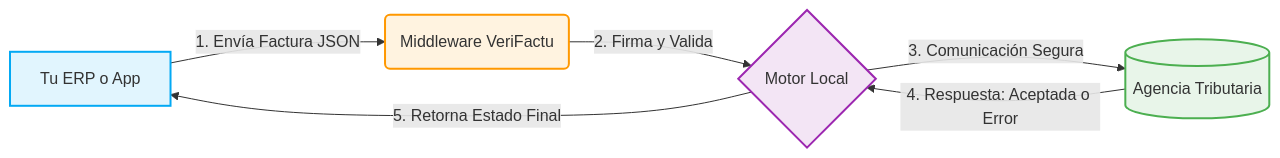
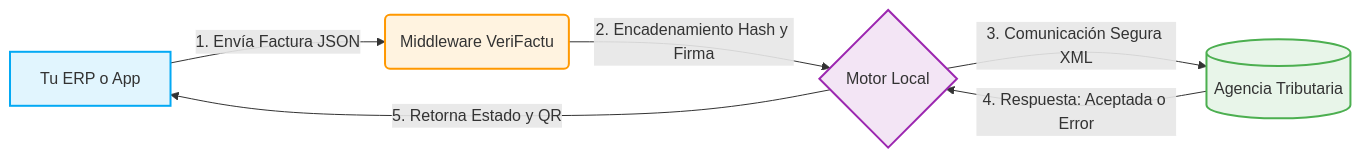
Before and after one commit to SystemsFGH/API-Verifactu-SystemsFGH: the diagram in README.md, drawn with Mermaid. The commit also changed other lines of this file, not shown here.

````diff
--- a/README.md
+++ b/README.md
@@ -49,13 +75,13 @@
 ```mermaid
 graph LR
     A[Tu ERP o App] -->|1. Envía Factura JSON| B(Middleware VeriFactu)
-    B -->|2. Firma y Valida| C{Motor Local}
-    C -->|3. Comunicación Segura| D[(Agencia Tributaria)]
+    B -->|2. Encadenamiento Hash y Firma| C{Motor Local}
+    C -->|3. Comunicación Segura XML| D[(Agencia Tributaria)]
     D -->|4. Respuesta: Aceptada o Error| C
-    C -->|5. Retorna Estado Final| A
+    C -->|5. Retorna Estado y QR| A
     
     style A fill:#e1f5fe,stroke:#03a9f4,stroke-width:2px;
     style B fill:#fff3e0,stroke:#ff9800,stroke-width:2px;
     style C fill:#f3e5f5,stroke:#9c27b0,stroke-width:2px;
     style D fill:#e8f5e9,stroke:#4caf50,stroke-width:2px;
 ```
````
